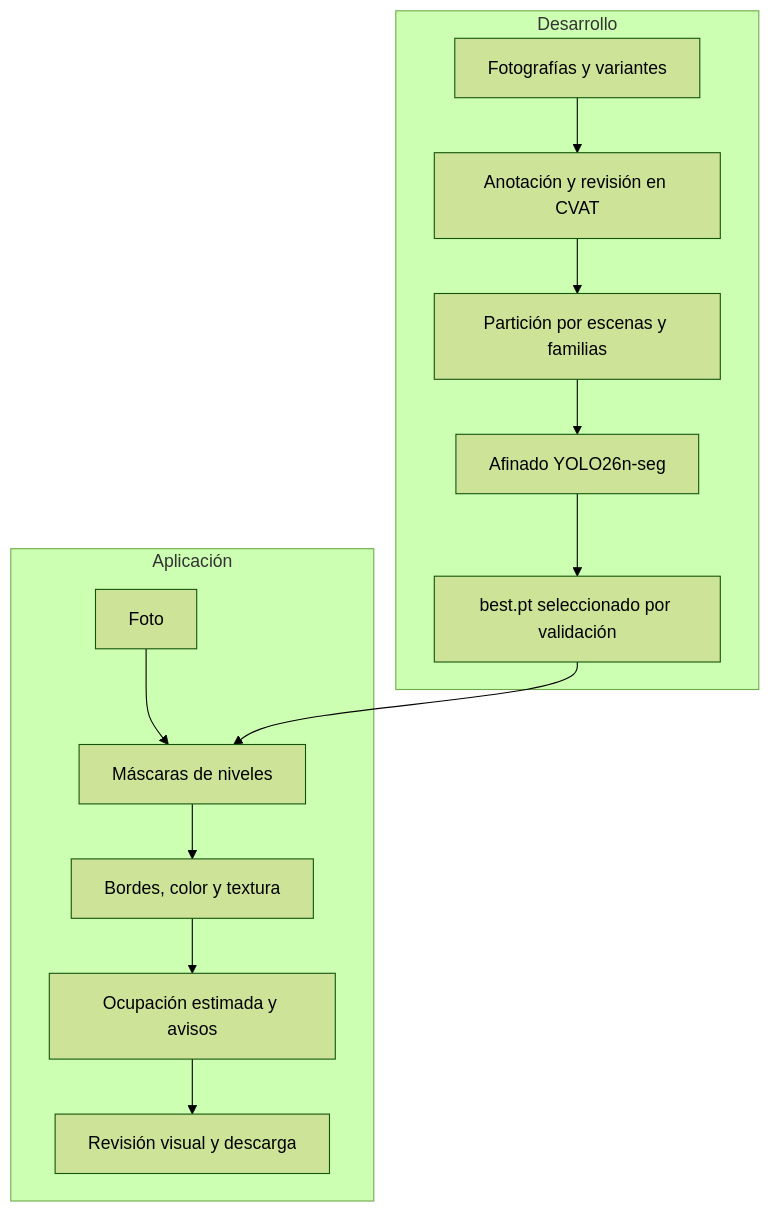
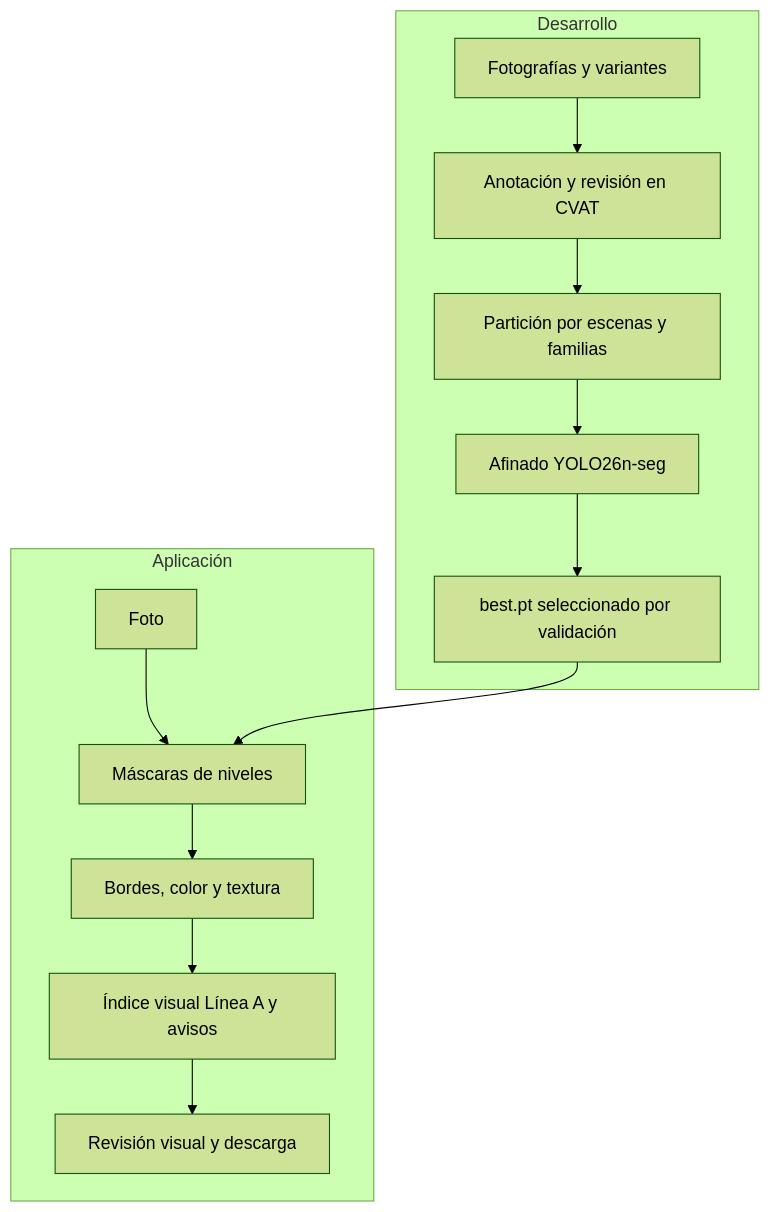
The first of 2 diagrams in README.md (vcanio/Capstone2026), drawn with Mermaid (forest theme) before and after one commit. The commit also changed other lines of this file, not shown here.

````diff
--- a/README.md
+++ b/README.md
@@ -213,16 +205,16 @@
 ```mermaid
 flowchart TB
     subgraph Desarrollo
         A[Fotografías y variantes] --> B[Anotación y revisión en CVAT]
         B --> C[Partición por escenas y familias]
         C --> D[Afinado YOLO26n-seg]
         D --> E[best.pt seleccionado por validación]
     end
     subgraph Aplicación
         F[Foto] --> G[Máscaras de niveles]
         E --> G
         G --> H[Bordes, color y textura]
-        H --> I[Ocupación estimada y avisos]
+        H --> I[Índice visual Línea A y avisos]
         I --> J[Revisión visual y descarga]
     end
 ```
````
